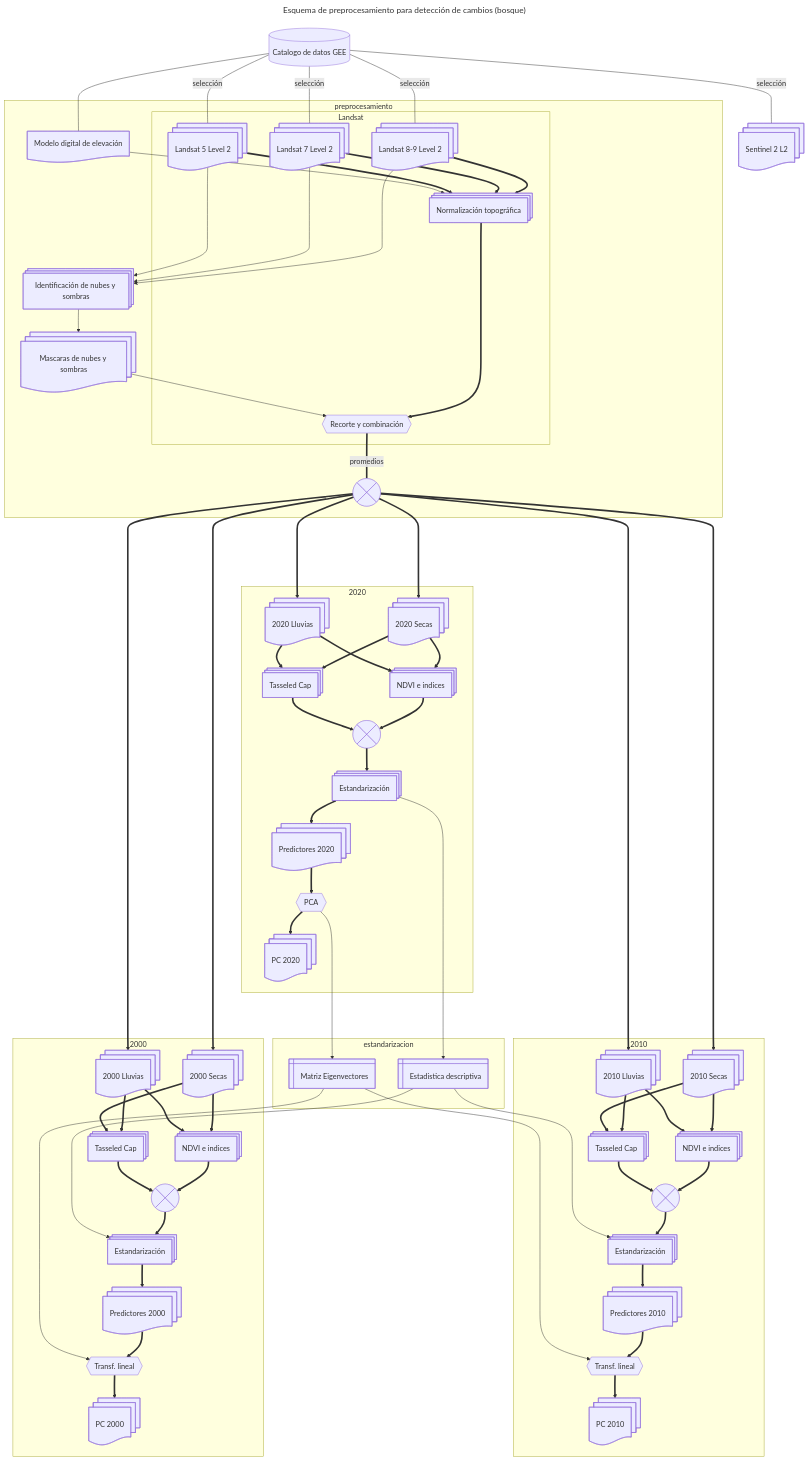
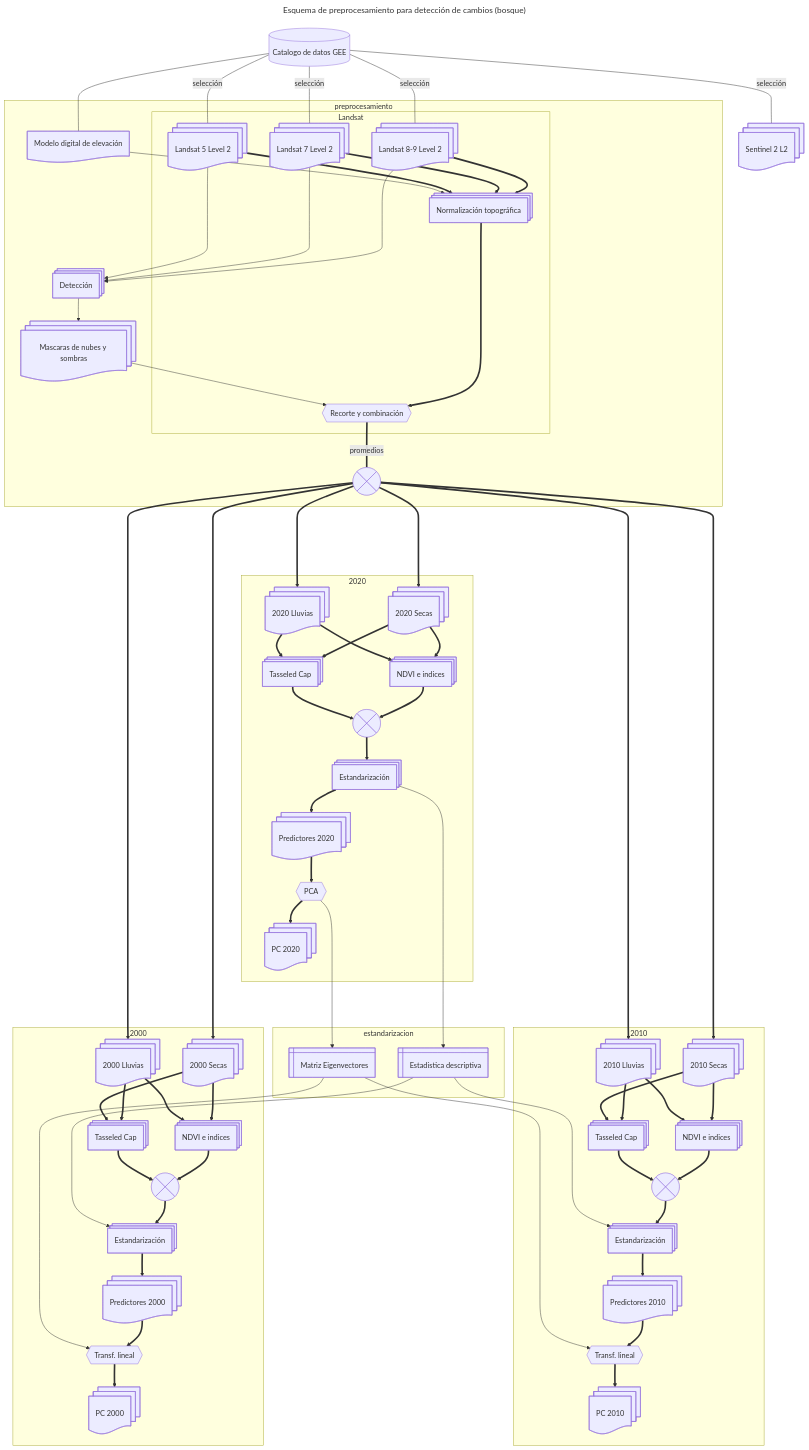
One commit to vshalisko/GEE changed the diagram in ANPs/Esquema_preprocesamiento.mermaid. Above: the diagram before and after it, drawn with Mermaid.

```diff
--- a/ANPs/Esquema_preprocesamiento.mermaid
+++ b/ANPs/Esquema_preprocesamiento.mermaid
@@ -1,133 +1,133 @@
 ---
 title: Esquema de preprocesamiento para detección de cambios (bosque)
 ---
 flowchart TD
     gee1[(Catalogo de datos GEE)]
     Landsat8@{ shape: docs, label: Landsat 8-9 Level 2}
     Landsat7@{ shape: docs, label: Landsat 7 Level 2}
     Landsat5@{ shape: docs, label: Landsat 5 Level 2}
     Sentinel2@{ shape: docs, label: Sentinel 2 L2}
     MDE@{ shape: doc, label: Modelo digital de elevación}
     
-    INS@{ shape: procs, label: "Identificación de nubes y sombras"}
+    INS@{ shape: procs, label: "Detección"}
     MNS@{ shape: docs, label: "Mascaras de nubes y sombras"}
     NT@{ shape: procs, label: "Normalización topográfica"}
     Combinacion1@{ shape: hex, label: "Recorte y combinación" }
     Combinacion2@{ shape: cross-circ, label: "Promedios de bandas" }
 
     BSecas2000@{ shape: docs, label: 2000 Secas}
     BLluvias2000@{ shape: docs, label: 2000 Lluvias}
     BSecas2010@{ shape: docs, label: 2010 Secas}
     BLluvias2010@{ shape: docs, label: 2010 Lluvias}
     BSecas2020@{ shape: docs, label: 2020 Secas}
     BLluvias2020@{ shape: docs, label: 2020 Lluvias}
 
     IndVeg2000@{ shape: procs, label: "NDVI e indices"}
     IndVeg2010@{ shape: procs, label: "NDVI e indices"}
     IndVeg2020@{ shape: procs, label: "NDVI e indices"}
     Tass2000@{ shape: procs, label: "Tasseled Cap"}
     Tass2010@{ shape: procs, label: "Tasseled Cap"}
     Tass2020@{ shape: procs, label: "Tasseled Cap"}
 
     Comb2000@{ shape: cross-circ, label: "Combinación" }
     Comb2010@{ shape: cross-circ, label: "Combinación" }
     Comb2020@{ shape: cross-circ, label: "Combinación" }
 
     Est2000@{ shape: procs, label: "Estandarización"}
     Est2010@{ shape: procs, label: "Estandarización"}
     Est2020@{ shape: procs, label: "Estandarización"}
 
     Capas2000@{ shape: docs, label: "Predictores 2000"}
     Capas2010@{ shape: docs, label: "Predictores 2010"}
     Capas2020@{ shape: docs, label: "Predictores 2020"}
 
     PCA2020@{ shape: hex, label: "PCA"}
     TL2000@{ shape: hex, label: "Transf. lineal"}
     TL2010@{ shape: hex, label: "Transf. lineal"}
 
     CapasPCA2000@{ shape: docs, label: "PC 2000"}
     CapasPCA2010@{ shape: docs, label: "PC 2010"}
     CapasPCA2020@{ shape: docs, label: "PC 2020"}
 
     Estadisticas@{ shape: win-pane, label: "Estadistica descriptiva" }
     Eigenvectors@{ shape: win-pane, label: "Matriz Eigenvectores" }
 
     gee1---|selección|Landsat8
     gee1---|selección|Landsat7
     gee1---|selección|Landsat5
     gee1---|selección|Sentinel2
     gee1---MDE
 
     subgraph preprocesamiento
         subgraph Landsat
             Landsat8==>NT
             Landsat7==>NT
             Landsat5==>NT
             NT==>Combinacion1
         end
 
         Landsat8---->INS
         Landsat7---->INS
         Landsat5---->INS
         MDE-->NT
         INS-->MNS
         MNS-->Combinacion1
         Combinacion1===|promedios|Combinacion2
         
     end
 
     Combinacion2====>BSecas2000
     Combinacion2====>BLluvias2000
     Combinacion2====>BSecas2010
     Combinacion2====>BLluvias2010
     Combinacion2====>BSecas2020
     Combinacion2====>BLluvias2020
 
     subgraph 2000
         BSecas2000==>IndVeg2000
         BLluvias2000==>Tass2000
         BLluvias2000==>IndVeg2000
         BSecas2000==>Tass2000
         IndVeg2000==>Comb2000
         Tass2000==>Comb2000
         Comb2000==>Est2000
         Est2000==>Capas2000
         Capas2000==>TL2000
         TL2000==>CapasPCA2000
     end
 
     subgraph 2010
         BSecas2010==>IndVeg2010
         BLluvias2010==>Tass2010
         BLluvias2010==>IndVeg2010
         BSecas2010==>Tass2010
         IndVeg2010==>Comb2010
         Tass2010==>Comb2010
         Comb2010==>Est2010
         Est2010==>Capas2010
         Capas2010==>TL2010
         TL2010==>CapasPCA2010
     end
 
     subgraph 2020
         BSecas2020==>IndVeg2020
         BSecas2020==>Tass2020
         BLluvias2020==>IndVeg2020
         BLluvias2020==>Tass2020
         IndVeg2020==>Comb2020
         Tass2020==>Comb2020
         Comb2020==>Est2020
         Est2020==>Capas2020
         Capas2020==>PCA2020
         PCA2020==>CapasPCA2020
     end
 
     subgraph estandarizacion
         Est2020---->Estadisticas
         Estadisticas---->Est2000
         Estadisticas---->Est2010
 
         PCA2020---->Eigenvectors
         Eigenvectors---->TL2000
         Eigenvectors---->TL2010
     end
```
